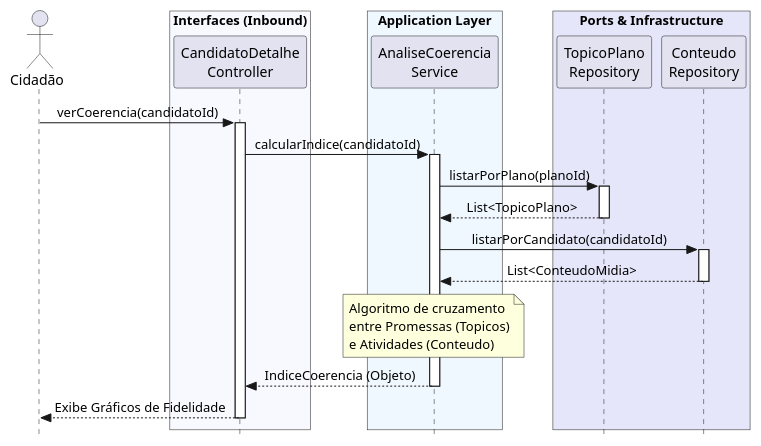
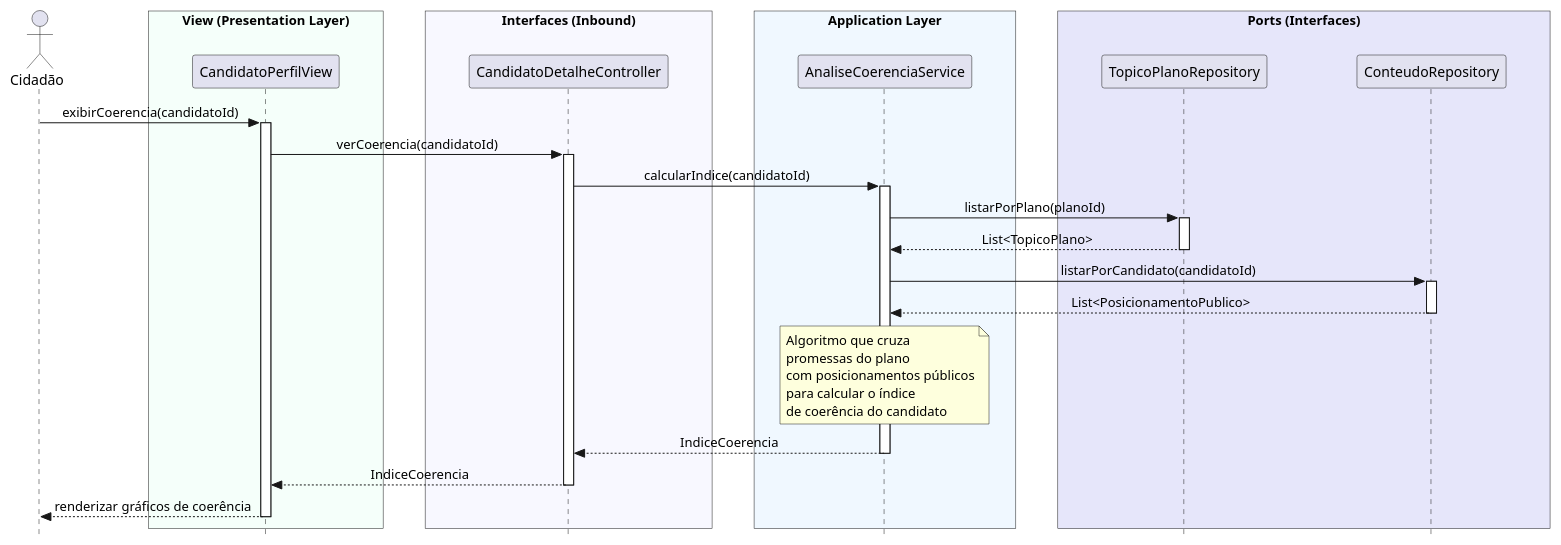
The diagram in Documentação /04 - Implementação/Diagramas_de_Squência_de_Implementação/UC2.md (Nenhum-Grupo/ProjetoEngenharia), drawn with PlantUML before and after one commit. The commit also changed other lines of this file, not shown here.

Commit message:
Update sequence diagram for coherence index visualization

````diff
--- a/Documentação /04 - Implementação/Diagramas_de_Squência_de_Implementação/UC2.md
+++ b/Documentação /04 - Implementação/Diagramas_de_Squência_de_Implementação/UC2.md
@@ -7,42 +7,66 @@
 ```plantuml
 @startuml
 skinparam style strictuml
 skinparam sequenceMessageAlign center
+skinparam ParticipantPadding 40
+skinparam ParticipantMinWidth 140
+skinparam BoxPadding 20
 
 actor "Cidadão" as User
-box "Interfaces (Inbound)" #GhostWhite
-    participant "CandidatoDetalhe\nController" as Ctrl
-end box
-box "Application Layer" #AliceBlue
-    participant "AnaliseCoerencia\nService" as Service
-end box
-box "Ports & Infrastructure" #Lavender
-    participant "TopicoPlano\nRepository" as RepoTopico
-    participant "Conteudo\nRepository" as RepoMidia
+
+box "View (Presentation Layer)" #MintCream
+participant "CandidatoPerfilView" as View
 end box
 
-User -> Ctrl : verCoerencia(candidatoId)
+box "Interfaces (Inbound)" #GhostWhite
+participant "CandidatoDetalheController" as Ctrl
+end box
+
+box "Application Layer" #AliceBlue
+participant "AnaliseCoerenciaService" as Service
+end box
+
+box "Ports (Interfaces)" #Lavender
+participant "TopicoPlanoRepository" as RepoTopico
+participant "ConteudoRepository" as RepoConteudo
+end box
+
+
+User -> View : exibirCoerencia(candidatoId)
+activate View
+
+View -> Ctrl : verCoerencia(candidatoId)
 activate Ctrl
 
 Ctrl -> Service : calcularIndice(candidatoId)
 activate Service
 
 Service -> RepoTopico : listarPorPlano(planoId)
 activate RepoTopico
 RepoTopico --> Service : List<TopicoPlano>
 deactivate RepoTopico
 
-Service -> RepoMidia : listarPorCandidato(candidatoId)
-activate RepoMidia
-RepoMidia --> Service : List<ConteudoMidia>
-deactivate RepoMidia
+Service -> RepoConteudo : listarPorCandidato(candidatoId)
+activate RepoConteudo
+RepoConteudo --> Service : List<PosicionamentoPublico>
+deactivate RepoConteudo
 
-note over Service : Algoritmo de cruzamento\nentre Promessas (Topicos)\ne Atividades (Conteudo)
+note over Service
+Algoritmo que cruza
+promessas do plano
+com posicionamentos públicos
+para calcular o índice
+de coerência do candidato
+end note
 
-Service --> Ctrl : IndiceCoerencia (Objeto)
+Service --> Ctrl : IndiceCoerencia
 deactivate Service
 
-Ctrl --> User : Exibe Gráficos de Fidelidade
+Ctrl --> View : IndiceCoerencia
 deactivate Ctrl
+
+View --> User : renderizar gráficos de coerência
+deactivate View
+
 @enduml
 ```
````
